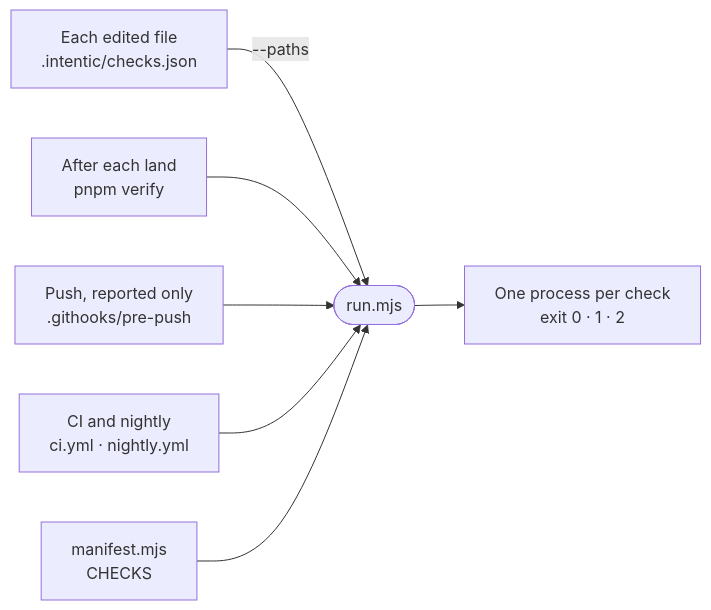
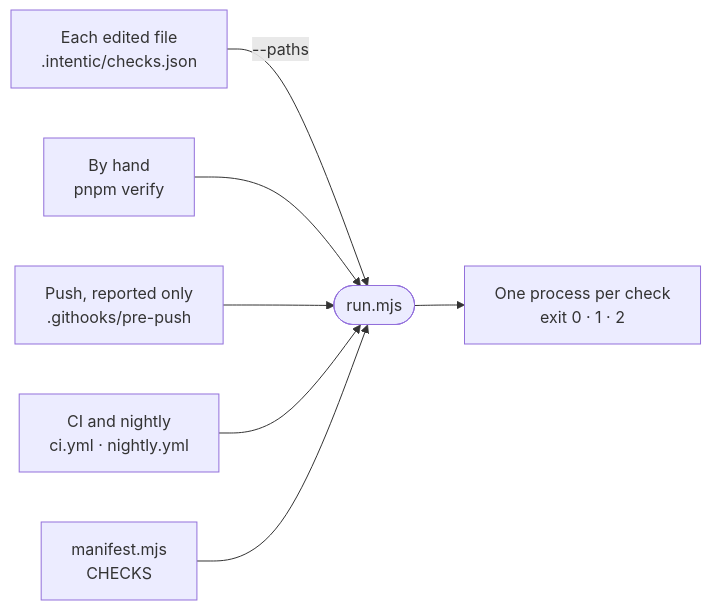
Before and after one commit to intentic/intentic: the diagram in _tools/checks/README.md, drawn with Mermaid. The commit also changed other lines of this file and 284 other files, not shown here.

````diff
--- a/_tools/checks/README.md
+++ b/_tools/checks/README.md
@@ -5,9 +5,9 @@
 ```mermaid
 flowchart LR
     edit["Each edited file<br/>.intentic/checks.json"] -->|"--paths"| run(["run.mjs"])
-    land["After each land<br/>pnpm verify"] --> run
+    verify["By hand<br/>pnpm verify"] --> run
     push["Push, reported only<br/>.githooks/pre-push"] --> run
     ci["CI and nightly<br/>ci.yml · nightly.yml"] --> run
     manifest["manifest.mjs<br/>CHECKS"] --> run
     run --> procs["One process per check<br/>exit 0 · 1 · 2"]
 ```
````
